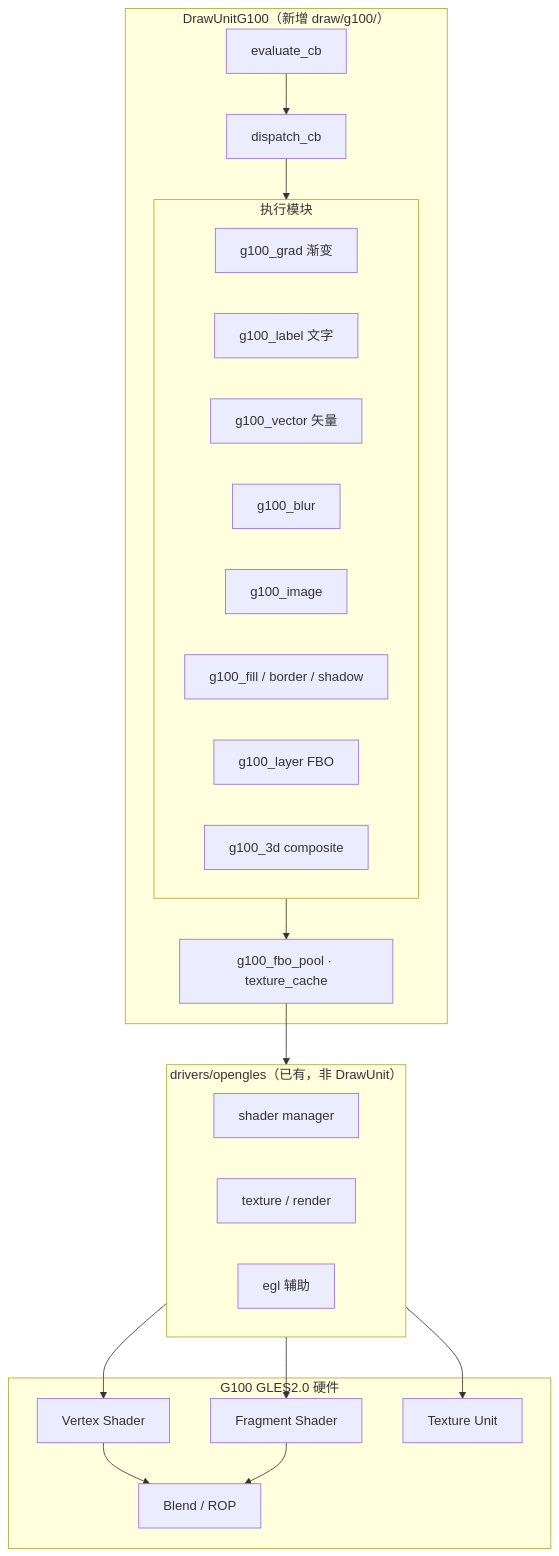
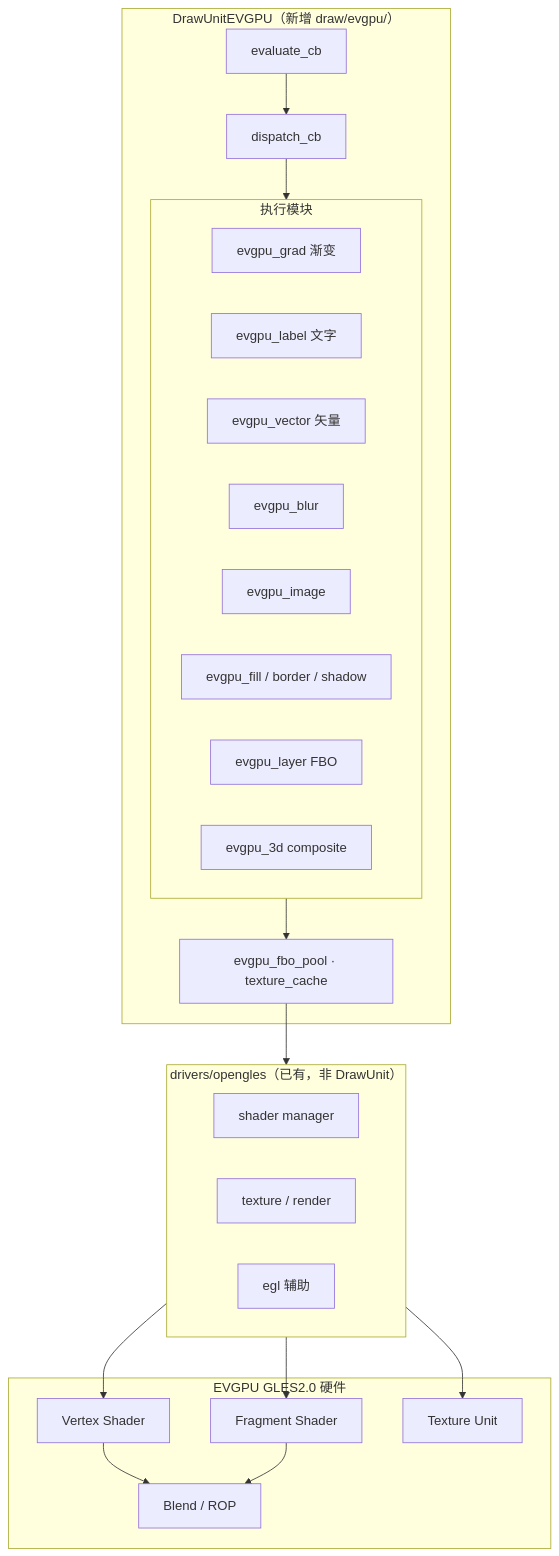
Before and after one commit to ganzhong007/lv_port_linux: the third of 9 diagrams in docs/opengles2_gpu_integration_guide.md, drawn with Mermaid. The commit also changed other lines of this file and 13 other files, not shown here.

````diff
--- a/docs/opengles2_gpu_integration_guide.md
+++ b/docs/opengles2_gpu_integration_guide.md
@@ -116,39 +116,39 @@
 ```mermaid
 flowchart TB
-    subgraph DU["DrawUnitG100（新增 draw/g100/）"]
+    subgraph DU["DrawUnitEVGPU（新增 draw/evgpu/）"]
         EVAL["evaluate_cb"]
         DISP["dispatch_cb"]
         subgraph MOD["执行模块"]
-            GRAD["g100_grad 渐变"]
-            TXT["g100_label 文字"]
-            VEC["g100_vector 矢量"]
-            BLUR["g100_blur"]
-            IMG["g100_image"]
-            FILL["g100_fill / border / shadow"]
-            LYR["g100_layer FBO"]
-            D3["g100_3d composite"]
+            GRAD["evgpu_grad 渐变"]
+            TXT["evgpu_label 文字"]
+            VEC["evgpu_vector 矢量"]
+            BLUR["evgpu_blur"]
+            IMG["evgpu_image"]
+            FILL["evgpu_fill / border / shadow"]
+            LYR["evgpu_layer FBO"]
+            D3["evgpu_3d composite"]
         end
-        POOL["g100_fbo_pool · texture_cache"]
+        POOL["evgpu_fbo_pool · texture_cache"]
     end
 
     subgraph INFRA["drivers/opengles（已有，非 DrawUnit）"]
         SHD["shader manager"]
         TEX["texture / render"]
         EGLH["egl 辅助"]
     end
 
-    subgraph GPU["G100 GLES2.0 硬件"]
+    subgraph GPU["EVGPU GLES2.0 硬件"]
         VS["Vertex Shader"]
         FS["Fragment Shader"]
         TM["Texture Unit"]
         ROP["Blend / ROP"]
     end
 
     EVAL --> DISP --> MOD
     MOD --> POOL --> INFRA
     INFRA --> VS
     INFRA --> FS
     INFRA --> TM
     VS --> ROP
     FS --> ROP
 ```
````
